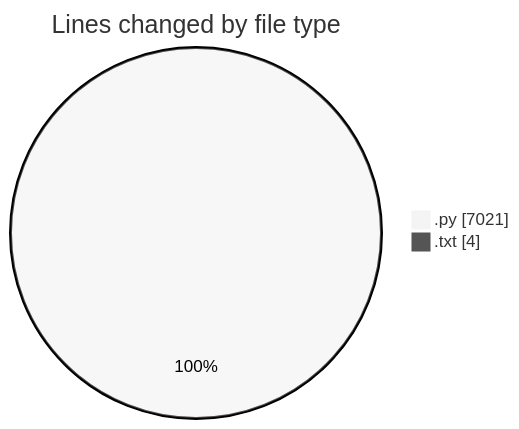
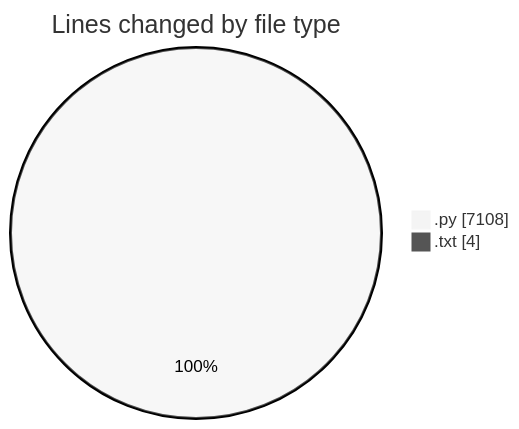
The first of 2 diagrams in 2025-06-01/video_app/README.md (CELIANVF/code-tracking), drawn with Mermaid (neutral theme) before and after one commit. The commit also changed other lines of this file and 1 other file, not shown here.

````diff
--- a/2025-06-01/video_app/README.md
+++ b/2025-06-01/video_app/README.md
@@ -29,6 +29,6 @@
 ```mermaid
 pie showData
 title Lines changed by file type
-".py" : 7021
+".py" : 7108
 ".txt" : 4
 ```
````
